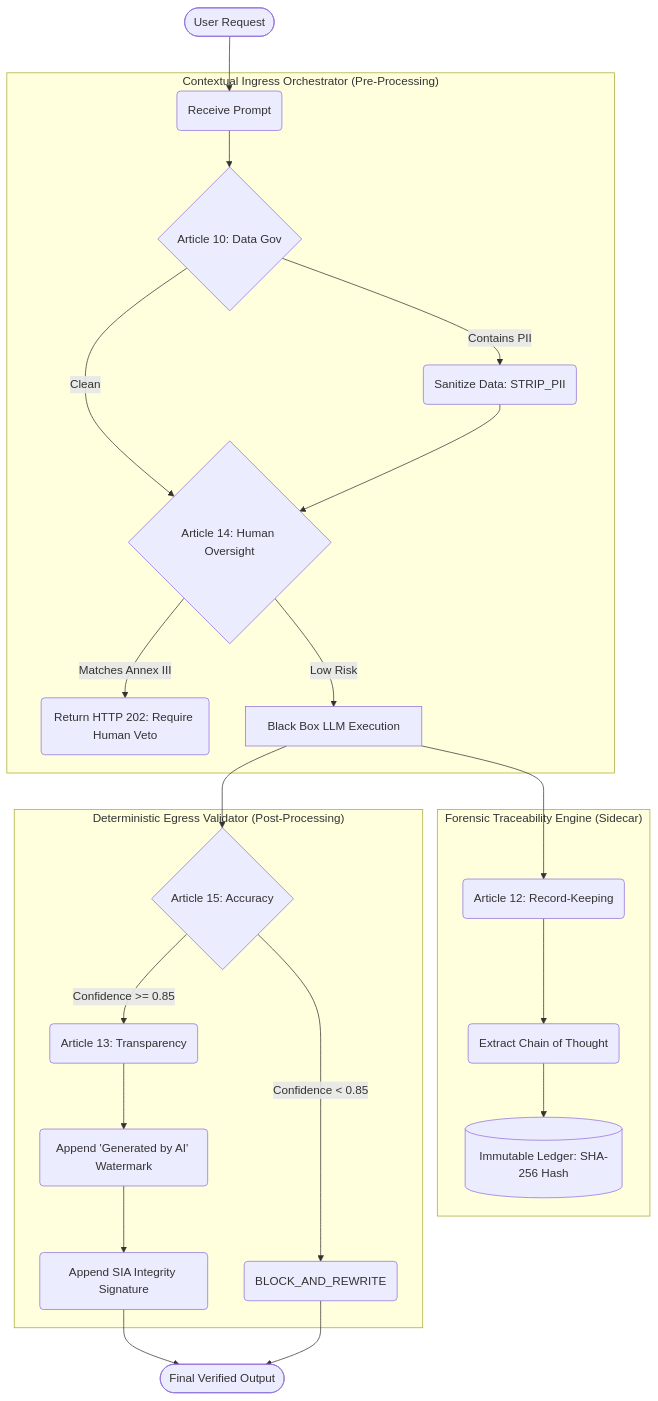
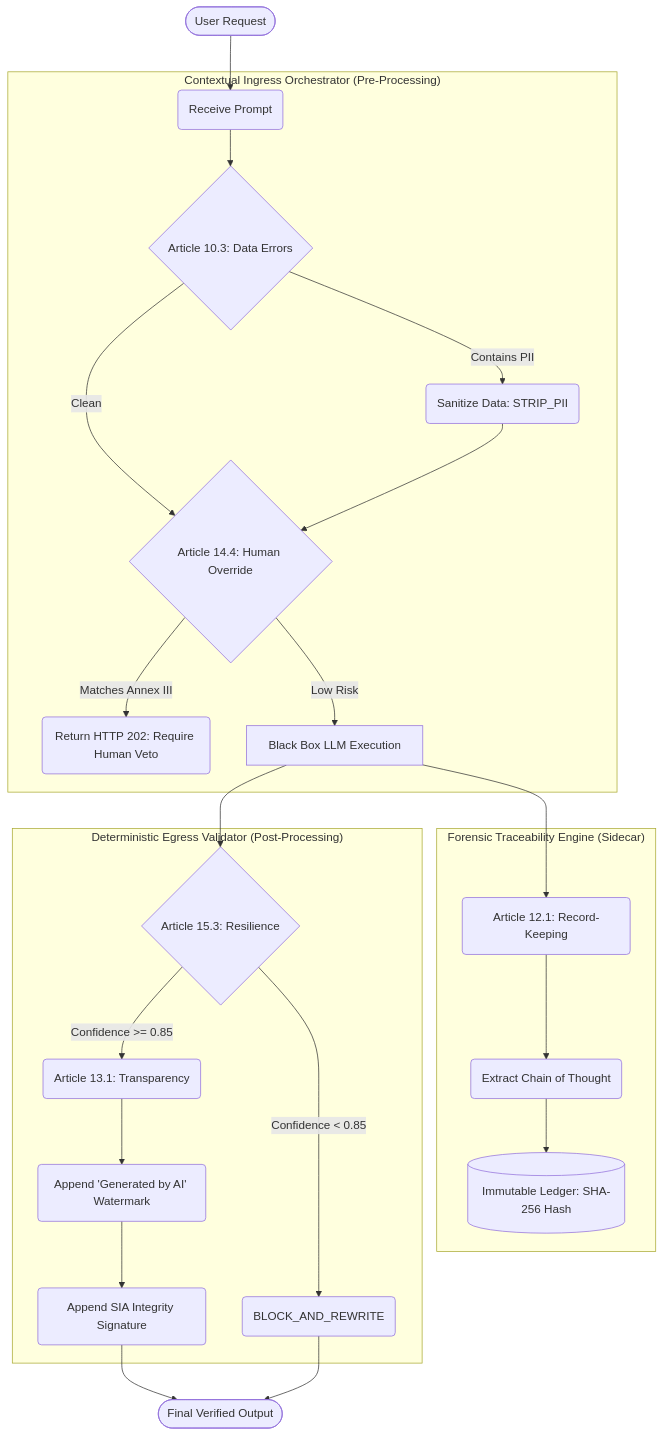
One commit to rostmon/sia-framework changed the diagram in TRACEABILITY.md. Above: the diagram before and after it, drawn with Mermaid. The commit also changed other lines of this file and 8 other files, not shown here.

````diff
--- a/TRACEABILITY.md
+++ b/TRACEABILITY.md
@@ -22,33 +24,33 @@
 ```mermaid
 flowchart TD
     User([User Request]) --> Ingress
 
     subgraph "Contextual Ingress Orchestrator (Pre-Processing)"
         Ingress(Receive Prompt)
-        Ingress --> A10{Article 10: Data Gov}
-        A10 -->|Contains PII| StripPII(Sanitize Data: STRIP_PII)
-        A10 -->|Clean| A14{Article 14: Human Oversight}
-        StripPII --> A14
+        Ingress --> A10_3{Article 10.3: Data Errors}
+        A10_3 -->|Contains PII| StripPII(Sanitize Data: STRIP_PII)
+        A10_3 -->|Clean| A14_4{Article 14.4: Human Override}
+        StripPII --> A14_4
         
-        A14 -->|Matches Annex III| Veto(Return HTTP 202: Require Human Veto)
-        A14 -->|Low Risk| LLM
+        A14_4 -->|Matches Annex III| Veto(Return HTTP 202: Require Human Veto)
+        A14_4 -->|Low Risk| LLM
     end
 
     subgraph "Forensic Traceability Engine (Sidecar)"
-        LLM[Black Box LLM Execution] --> A12(Article 12: Record-Keeping)
-        A12 --> Extractor(Extract Chain of Thought)
+        LLM[Black Box LLM Execution] --> A12_1(Article 12.1: Record-Keeping)
+        A12_1 --> Extractor(Extract Chain of Thought)
         Extractor --> Ledger[(Immutable Ledger: SHA-256 Hash)]
     end
 
     subgraph "Deterministic Egress Validator (Post-Processing)"
-        LLM --> A15{Article 15: Accuracy}
-        A15 -->|Confidence < 0.85| Block(BLOCK_AND_REWRITE)
-        A15 -->|Confidence >= 0.85| A13(Article 13: Transparency)
+        LLM --> A15_3{Article 15.3: Resilience}
+        A15_3 -->|Confidence < 0.85| Block(BLOCK_AND_REWRITE)
+        A15_3 -->|Confidence >= 0.85| A13_1(Article 13.1: Transparency)
         
-        A13 --> Watermark(Append 'Generated by AI' Watermark)
+        A13_1 --> Watermark(Append 'Generated by AI' Watermark)
         Watermark --> Signer(Append SIA Integrity Signature)
     end
 
     Signer --> Output([Final Verified Output])
     Block --> Output
 ```
````
